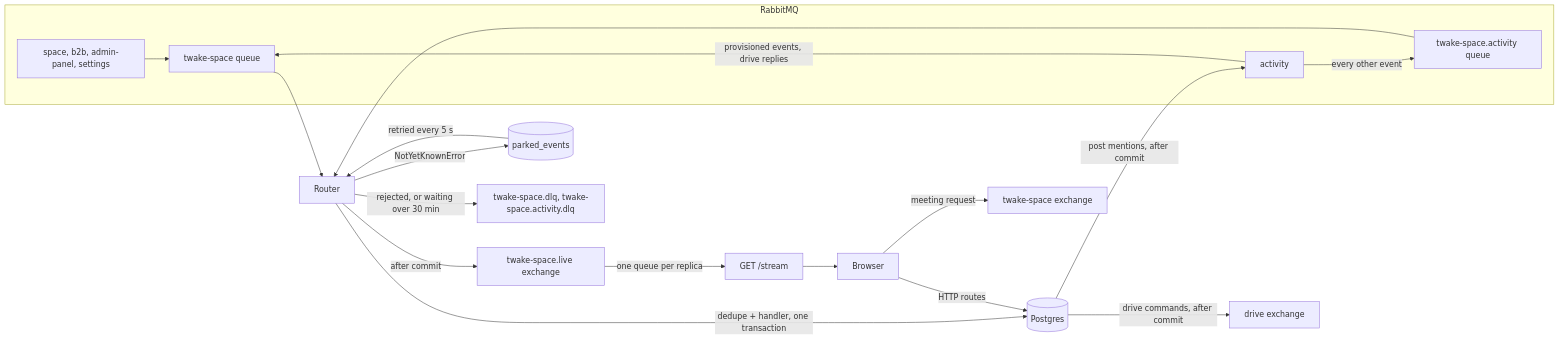
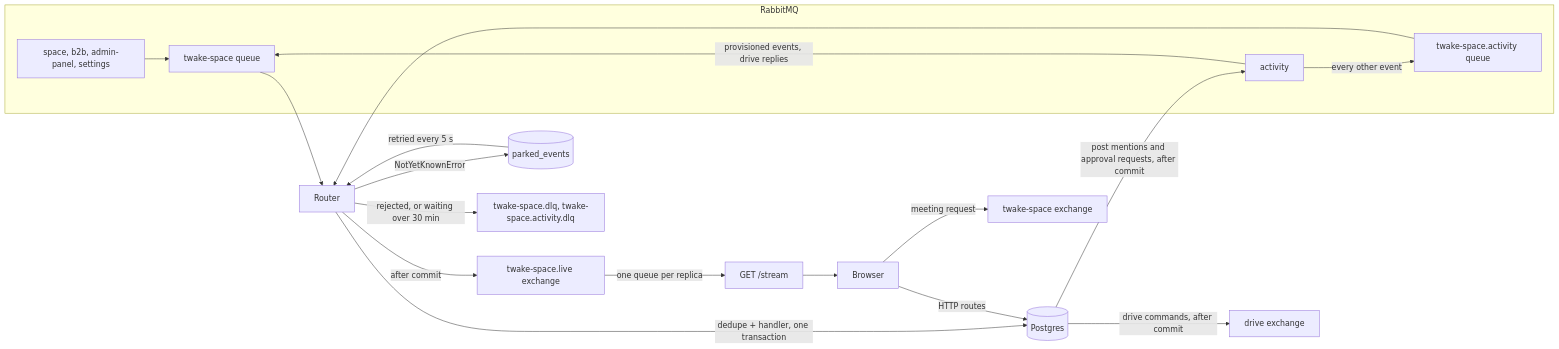
One commit to linagora/twake-space changed the first of 5 diagrams in docs/events.md. Above: the diagram before and after it, drawn with Mermaid. The commit also changed other lines of this file and 3 other files, not shown here.

First line of the commit message:
test(backend): cover yes/no questions and approval requests, and document them

````diff
--- a/docs/events.md
+++ b/docs/events.md
@@ -16,25 +16,25 @@
 ```mermaid
 flowchart LR
   subgraph RabbitMQ
     P["space, b2b, admin-panel, settings"]
     A[activity]
     Q[twake-space queue]
     AQ[twake-space.activity queue]
   end
   P --> Q
   A -->|provisioned events, drive replies| Q
   A -->|every other event| AQ
   Q --> R[Router]
   AQ --> R
   R -->|dedupe + handler, one transaction| PG[(Postgres)]
   R -->|NotYetKnownError| PE[(parked_events)]
   PE -->|retried every 5 s| R
   R -->|rejected, or waiting over 30 min| DLQ["twake-space.dlq, twake-space.activity.dlq"]
   R -->|after commit| L[twake-space.live exchange]
   L -->|one queue per replica| SSE[GET /stream]
   SSE --> B[Browser]
   B -->|HTTP routes| PG
   B -->|meeting request| M[twake-space exchange]
   PG -->|drive commands, after commit| D[drive exchange]
-  PG -->|post mentions, after commit| A
+  PG -->|post mentions and approval requests, after commit| A
 ```
````
